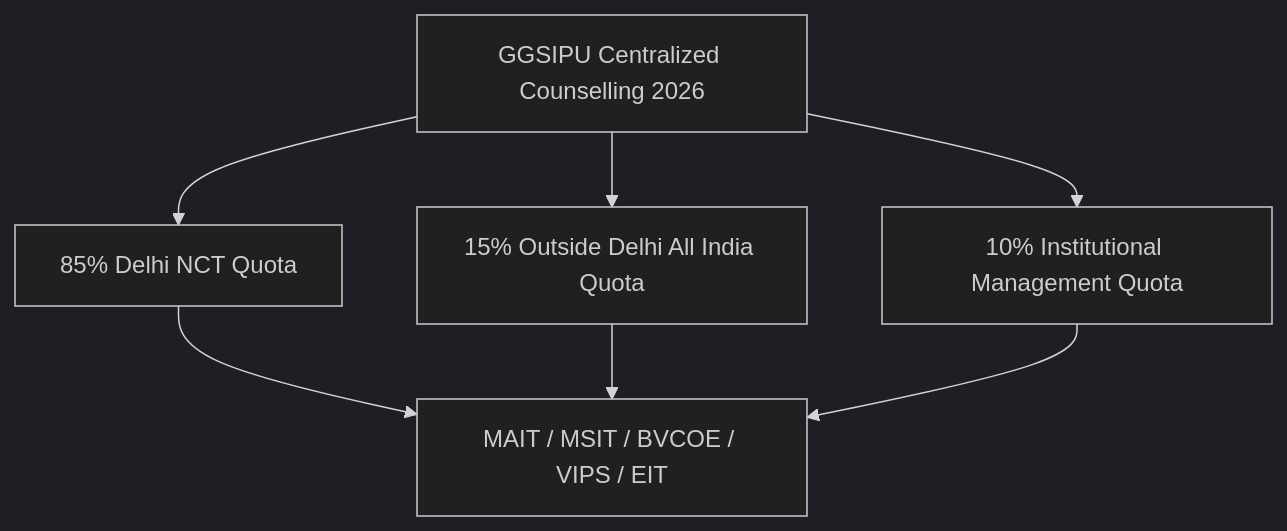
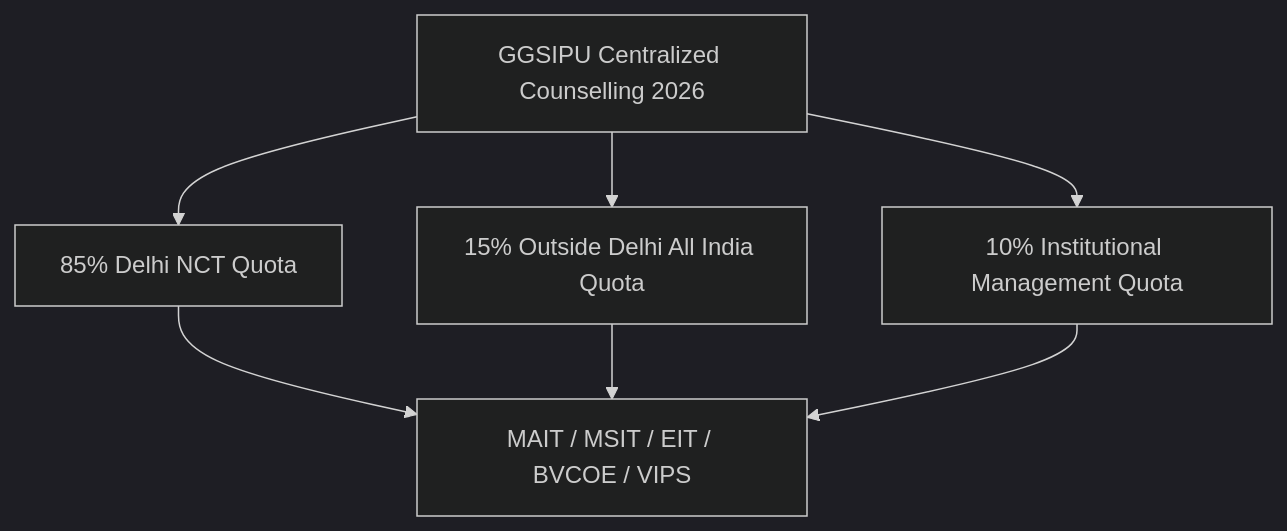
The diagram in posts/top-5-ggsipu-private-colleges-delhi-ncr-2026.md (mohitjaincounsellingmba/careerwithmohit), drawn with Mermaid (dark theme) before and after one commit. The commit also changed other lines of this file, not shown here.

````diff
--- a/posts/top-5-ggsipu-private-colleges-delhi-ncr-2026.md
+++ b/posts/top-5-ggsipu-private-colleges-delhi-ncr-2026.md
@@ -151,9 +151,9 @@
 ```mermaid
 graph TD
     A[GGSIPU Centralized Counselling 2026] --> B[85% Delhi NCT Quota]
     A --> C[15% Outside Delhi All India Quota]
     A --> D[10% Institutional Management Quota]
-    B --> E[MAIT / MSIT / BVCOE / VIPS / EIT]
+    B --> E[MAIT / MSIT / EIT / BVCOE / VIPS]
     C --> E
     D --> E
 ```
````
